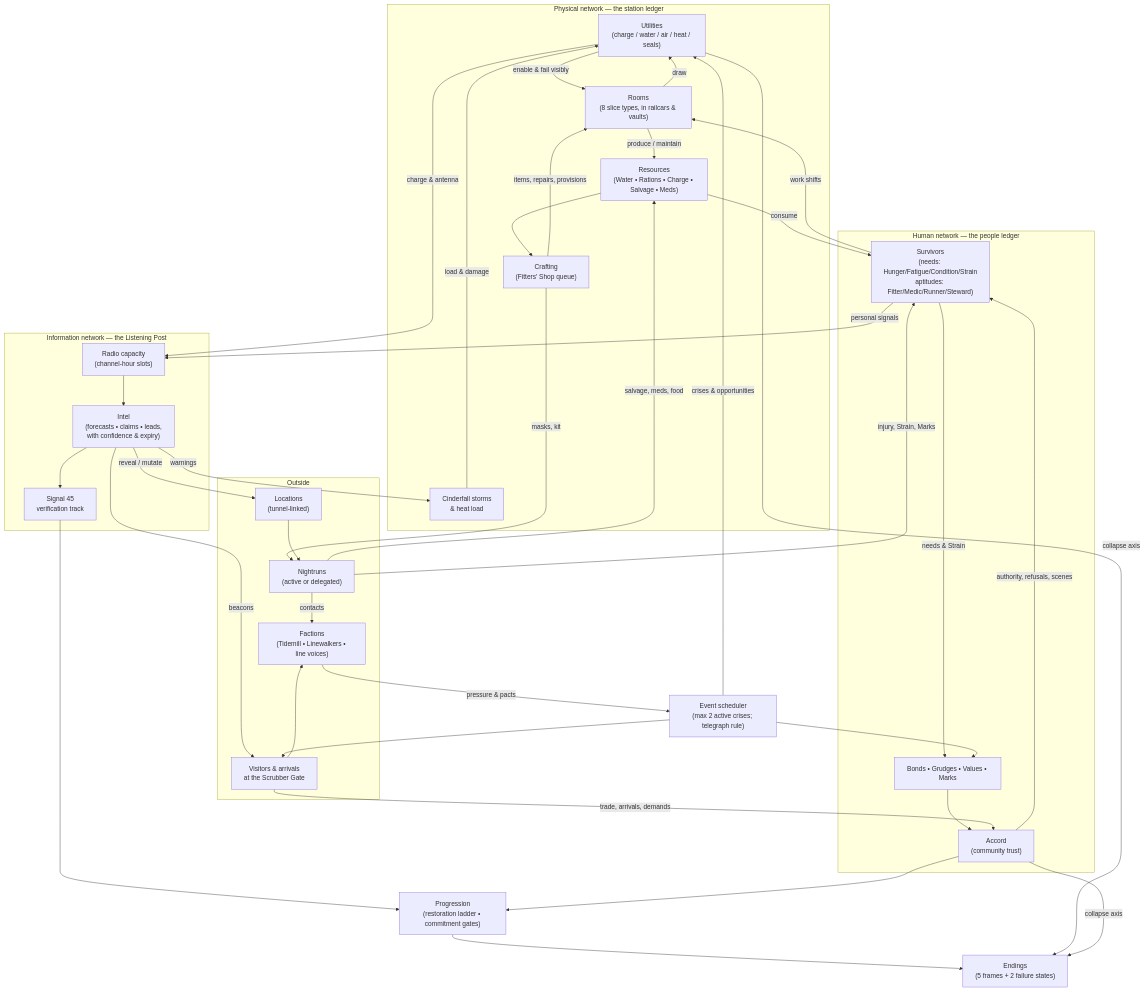
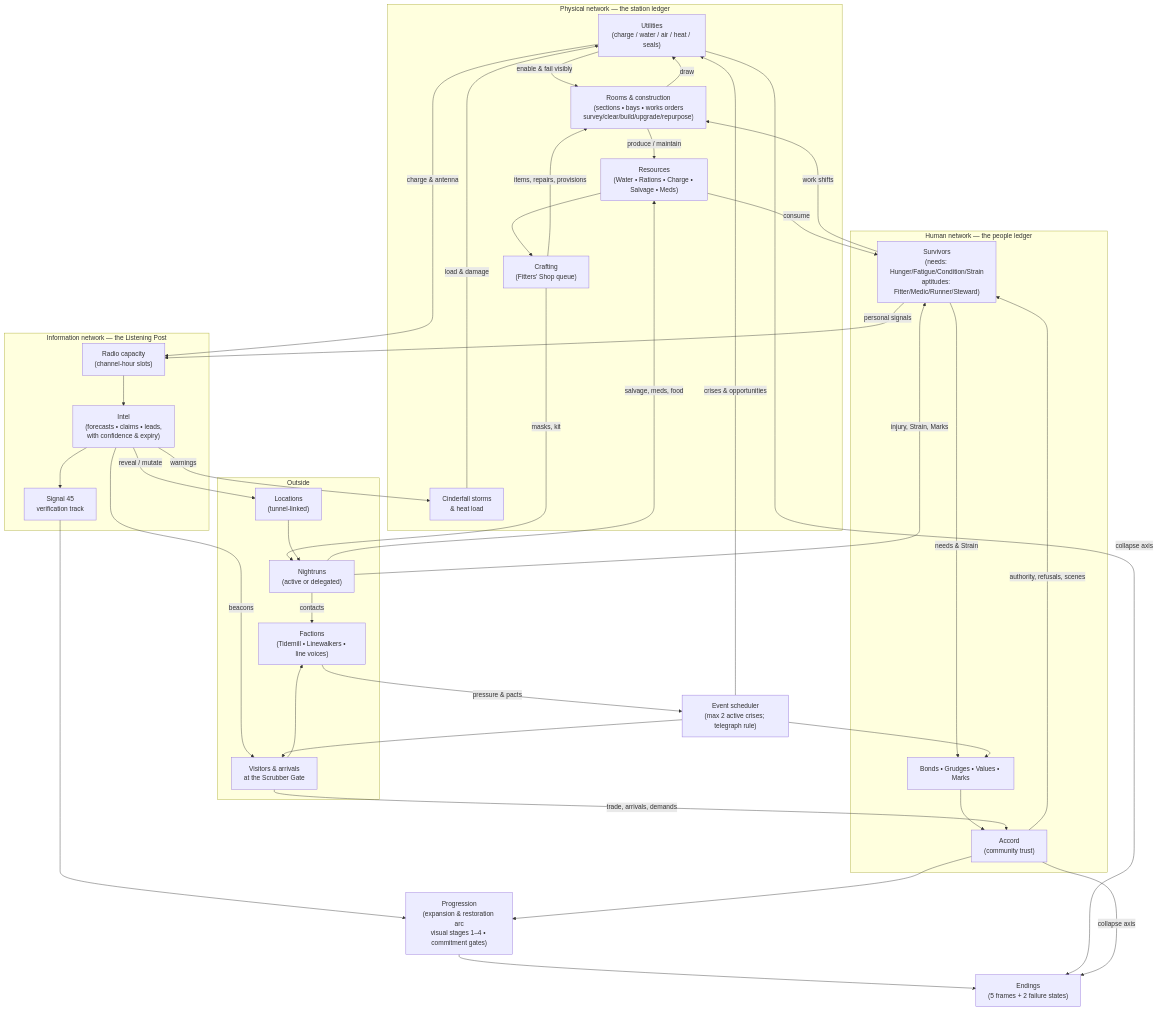
The diagram in docs/design/02_LOOP_AND_CAMPAIGN.md (QemmHD/Signal45-Game), drawn with Mermaid before and after one commit. The commit also changed other lines of this file and 10 other files, not shown here.

````diff
--- a/docs/design/02_LOOP_AND_CAMPAIGN.md
+++ b/docs/design/02_LOOP_AND_CAMPAIGN.md
@@ -112,68 +112,68 @@
 ```mermaid
 flowchart TD
     subgraph PHYS["Physical network — the station ledger"]
         UTIL["Utilities\n(charge / water / air / heat / seals)"]
-        ROOMS["Rooms\n(8 slice types, in railcars & vaults)"]
+        ROOMS["Rooms & construction\n(sections • bays • works orders\nsurvey/clear/build/upgrade/repurpose)"]
         RES["Resources\n(Water • Rations • Charge • Salvage • Meds)"]
         CRAFT["Crafting\n(Fitters' Shop queue)"]
         STORM["Cinderfall storms\n& heat load"]
     end
 
     subgraph HUMAN["Human network — the people ledger"]
         SURV["Survivors\n(needs: Hunger/Fatigue/Condition/Strain\naptitudes: Fitter/Medic/Runner/Steward)"]
         REL["Bonds • Grudges • Values • Marks"]
         ACC["Accord\n(community trust)"]
     end
 
     subgraph INFO["Information network — the Listening Post"]
         RADIO["Radio capacity\n(channel-hour slots)"]
         INTEL["Intel\n(forecasts • claims • leads,\nwith confidence & expiry)"]
         S45["Signal 45\nverification track"]
     end
 
     subgraph OUT["Outside"]
         EXP["Nightruns\n(active or delegated)"]
         LOC["Locations\n(tunnel-linked)"]
         VIS["Visitors & arrivals\nat the Scrubber Gate"]
         FAC["Factions\n(Tidemill • Linewalkers • line voices)"]
     end
 
     EVENTS["Event scheduler\n(max 2 active crises; telegraph rule)"]
-    PROG["Progression\n(restoration ladder • commitment gates)"]
+    PROG["Progression\n(expansion & restoration arc\nvisual stages 1–4 • commitment gates)"]
     END["Endings\n(5 frames + 2 failure states)"]
 
     SURV -->|"work shifts"| ROOMS
     ROOMS -->|"produce / maintain"| RES
     ROOMS -->|"draw"| UTIL
     UTIL -->|"enable & fail visibly"| ROOMS
     STORM -->|"load & damage"| UTIL
     RES -->|"consume"| SURV
     RES --> CRAFT
     CRAFT -->|"items, repairs, provisions"| ROOMS
     CRAFT -->|"masks, kit"| EXP
     SURV -->|"needs & Strain"| REL
     REL --> ACC
     ACC -->|"authority, refusals, scenes"| SURV
     RADIO --> INTEL
     INTEL -->|"warnings"| STORM
     INTEL -->|"reveal / mutate"| LOC
     INTEL -->|"beacons"| VIS
     INTEL --> S45
     SURV -->|"personal signals"| RADIO
     UTIL -->|"charge & antenna"| RADIO
     EXP -->|"salvage, meds, food"| RES
     EXP -->|"injury, Strain, Marks"| SURV
     EXP -->|"contacts"| FAC
     LOC --> EXP
     VIS -->|"trade, arrivals, demands"| ACC
     VIS --> FAC
     FAC -->|"pressure & pacts"| EVENTS
     EVENTS -->|"crises & opportunities"| UTIL
     EVENTS --> REL
     EVENTS --> VIS
     S45 --> PROG
     ACC --> PROG
     PROG --> END
     UTIL -->|"collapse axis"| END
     ACC -->|"collapse axis"| END
 ```
````
